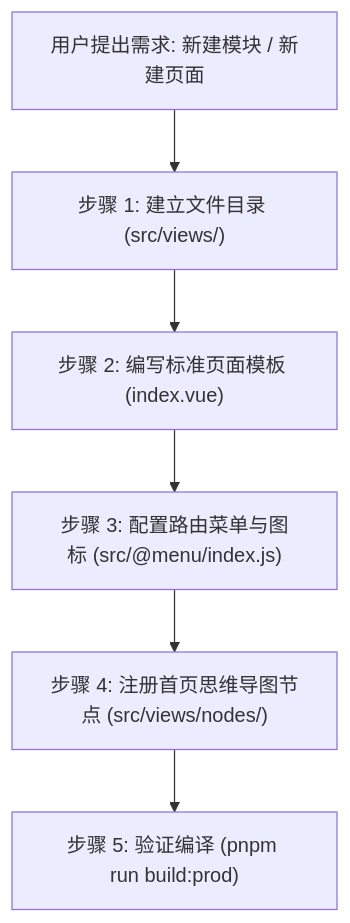
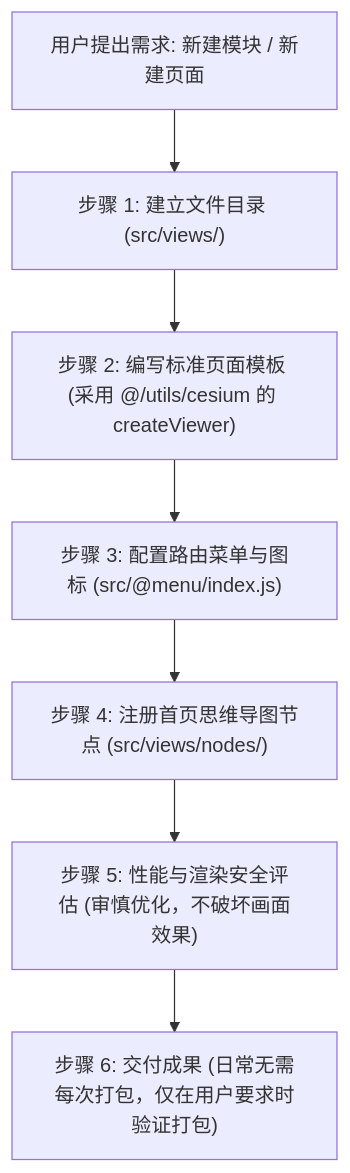
Before and after one commit to gisnotes/gisnotes-cs: the diagram in .agents/skills/gisnotes-module-workflow/SKILL.md, drawn with Mermaid. The commit also changed other lines of this file and 8 other files, not shown here.

````diff
--- a/.agents/skills/gisnotes-module-workflow/SKILL.md
+++ b/.agents/skills/gisnotes-module-workflow/SKILL.md
@@ -17,8 +17,9 @@
 ```mermaid
 flowchart TD
     A["用户提出需求: 新建模块 / 新建页面"] --> B["步骤 1: 建立文件目录 (src/views/)"]
-    B --> C["步骤 2: 编写标准页面模板 (index.vue)"]
+    B --> C["步骤 2: 编写标准页面模板 (采用 @/utils/cesium 的 createViewer)"]
     C --> D["步骤 3: 配置路由菜单与图标 (src/@menu/index.js)"]
     D --> E["步骤 4: 注册首页思维导图节点 (src/views/nodes/)"]
-    E --> F["步骤 5: 验证编译 (pnpm run build:prod)"]
+    E --> F["步骤 5: 性能与渲染安全评估 (审慎优化，不破坏画面效果)"]
+    F --> G["步骤 6: 交付成果 (日常无需每次打包，仅在用户要求时验证打包)"]
 ```
````
